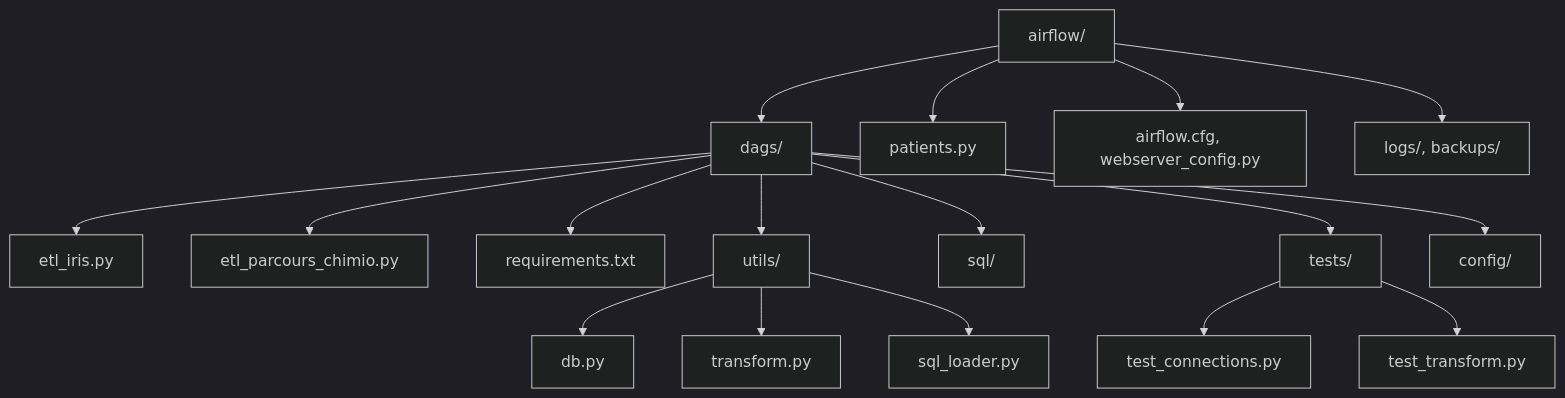
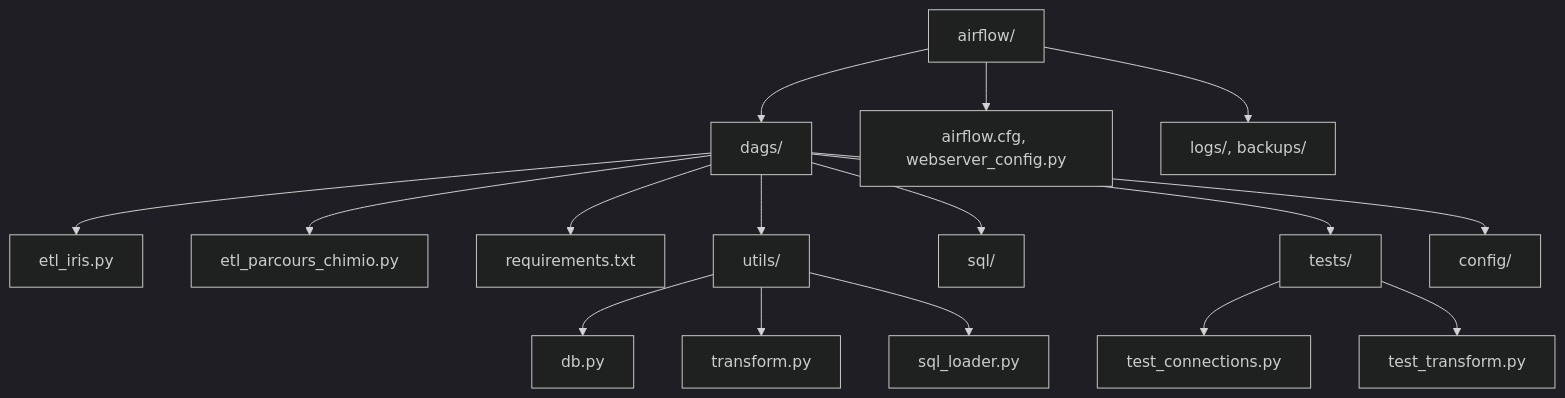
The diagram in README.md (Oncopole-Claudius-Regaud/osiris_oncopole), drawn with Mermaid (dark theme) before and after one commit.

````diff
--- a/README.md
+++ b/README.md
@@ -21,19 +21,18 @@
 ```mermaid
 graph TD
   A[airflow/] --> B[dags/]
   B --> B1[etl_iris.py]
   B --> B2[etl_parcours_chimio.py]
   B --> B3[requirements.txt]
   B --> B4[utils/]
   B --> B5[sql/]
   B --> B6[tests/]
   B --> B7[config/]
   B4 --> B41[db.py]
   B4 --> B42[transform.py]
   B4 --> B43[sql_loader.py]
   B6 --> B61[test_connections.py]
   B6 --> B62[test_transform.py]
-  A --> C[patients.py]
   A --> D[airflow.cfg, webserver_config.py]
   A --> E[logs/, backups/]
 ```
````
